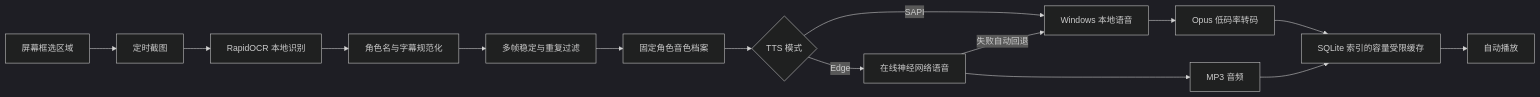
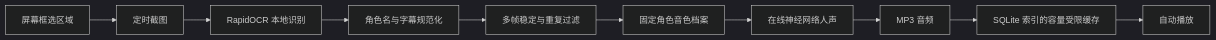
Before and after one commit to uinaqx/Genshin_autoTTS: the diagram in README.md, drawn with Mermaid (dark theme). The commit also changed other lines of this file and 17 other files, not shown here.

````diff
--- a/README.md
+++ b/README.md
@@ -11,17 +13,12 @@
 ```mermaid
 flowchart LR
     A[屏幕框选区域] --> B[定时截图]
     B --> C[RapidOCR 本地识别]
     C --> D[角色名与字幕规范化]
     D --> E[多帧稳定与重复过滤]
     E --> F[固定角色音色档案]
-    F --> G{TTS 模式}
-    G -->|SAPI| H[Windows 本地语音]
-    G -->|Edge| I[在线神经网络语音]
-    I -->|失败自动回退| H
-    H --> J[Opus 低码率转码]
+    F --> I[在线神经网络人声]
     I --> K[MP3 音频]
-    J --> L[SQLite 索引的容量受限缓存]
-    K --> L
+    K --> L[SQLite 索引的容量受限缓存]
     L --> M[自动播放]
 ```
````
